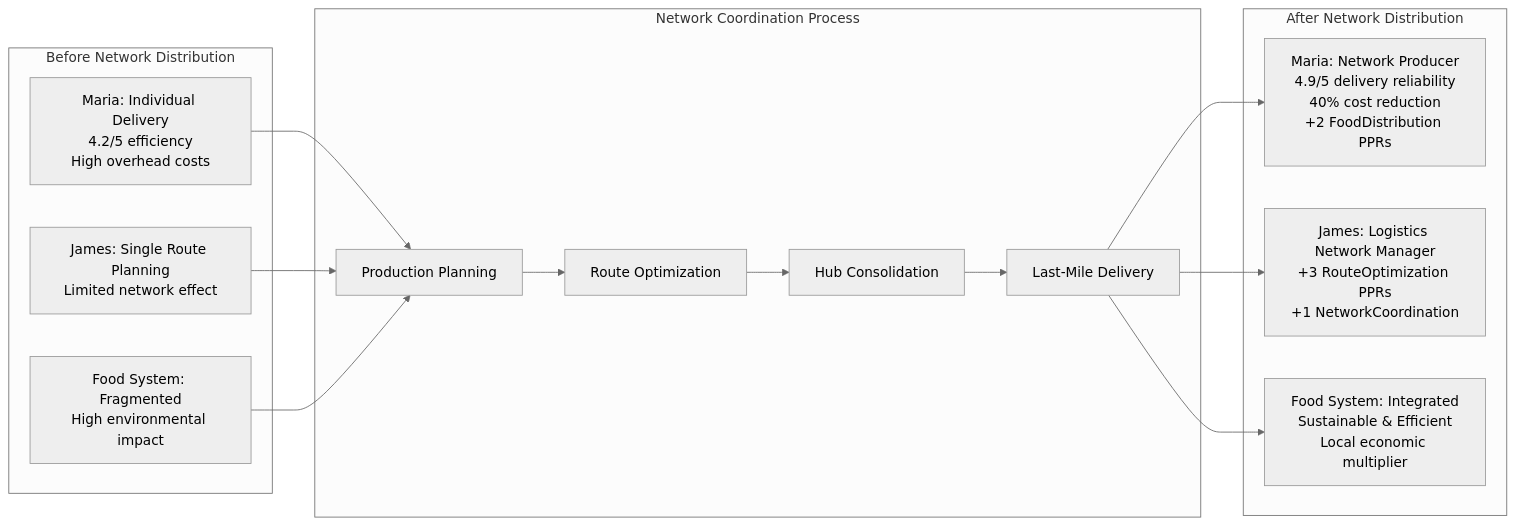
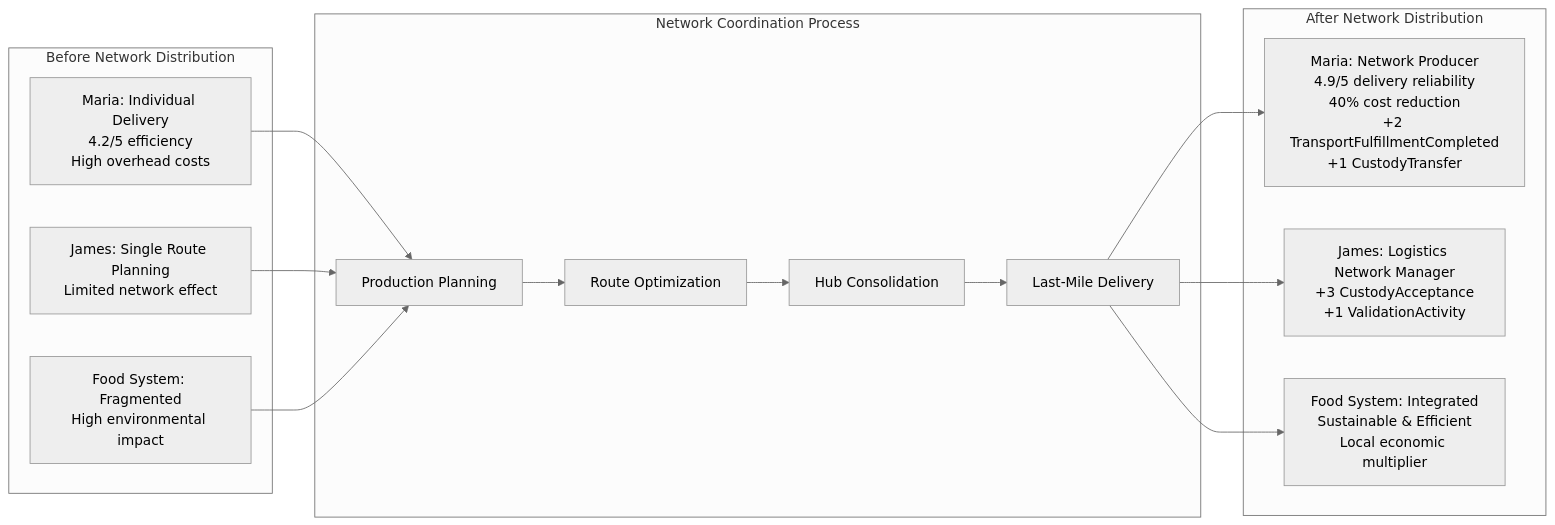
Before and after one commit to Sensorica/nondominium: the seventh of 9 diagrams in documentation/Applications/user-story/user-story-food-basket.md, drawn with Mermaid (neutral theme). The commit also changed other lines of this file and 99 other files, not shown here.

````diff
--- a/documentation/Applications/user-story/user-story-food-basket.md
+++ b/documentation/Applications/user-story/user-story-food-basket.md
@@ -268,32 +285,32 @@
 ```mermaid
 graph LR
     subgraph "Before Network Distribution"
         Maria_Before["Maria: Individual Delivery<br/>4.2/5 efficiency<br/>High overhead costs"]
         James_Before["James: Single Route Planning<br/>Limited network effect"]
         System_Before["Food System: Fragmented<br/>High environmental impact"]
     end
 
     subgraph "Network Coordination Process"
         Phase1[Production Planning]
         Phase2[Route Optimization]
         Phase3[Hub Consolidation]
         Phase4[Last-Mile Delivery]
 
         Phase1 --> Phase2
         Phase2 --> Phase3
         Phase3 --> Phase4
     end
 
     subgraph "After Network Distribution"
-        Maria_After["Maria: Network Producer<br/>4.9/5 delivery reliability<br/>40% cost reduction<br/>+2 FoodDistribution PPRs"]
-        James_After["James: Logistics Network Manager<br/>+3 RouteOptimization PPRs<br/>+1 NetworkCoordination"]
+        Maria_After["Maria: Network Producer<br/>4.9/5 delivery reliability<br/>40% cost reduction<br/>+2 TransportFulfillmentCompleted<br/>+1 CustodyTransfer"]
+        James_After["James: Logistics Network Manager<br/>+3 CustodyAcceptance<br/>+1 ValidationActivity"]
         System_After["Food System: Integrated<br/>Sustainable & Efficient<br/>Local economic multiplier"]
     end
 
     Maria_Before --> Phase1
     James_Before --> Phase1
     System_Before --> Phase1
     Phase4 --> Maria_After
     Phase4 --> James_After
     Phase4 --> System_After
 ```
````
